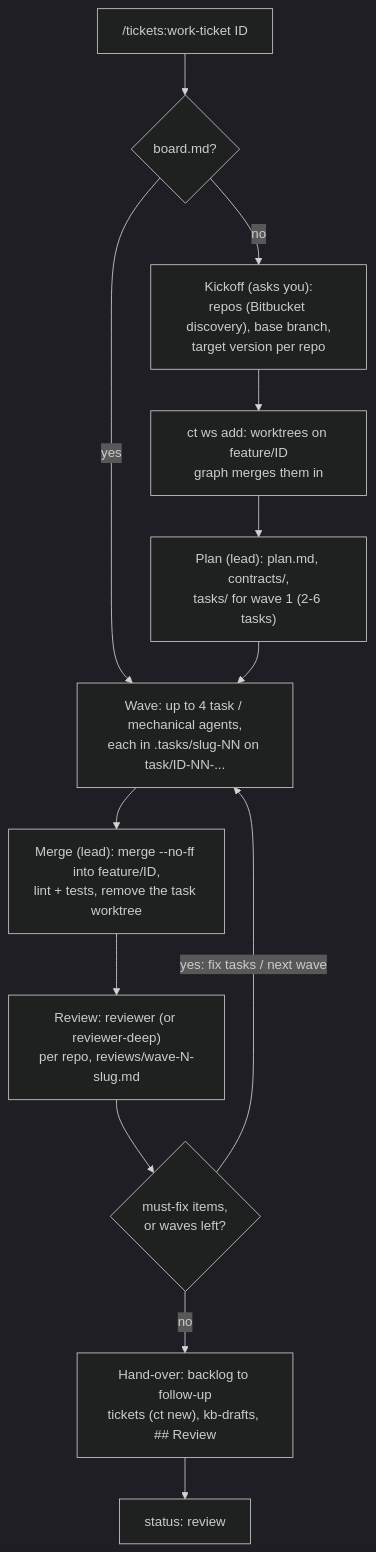
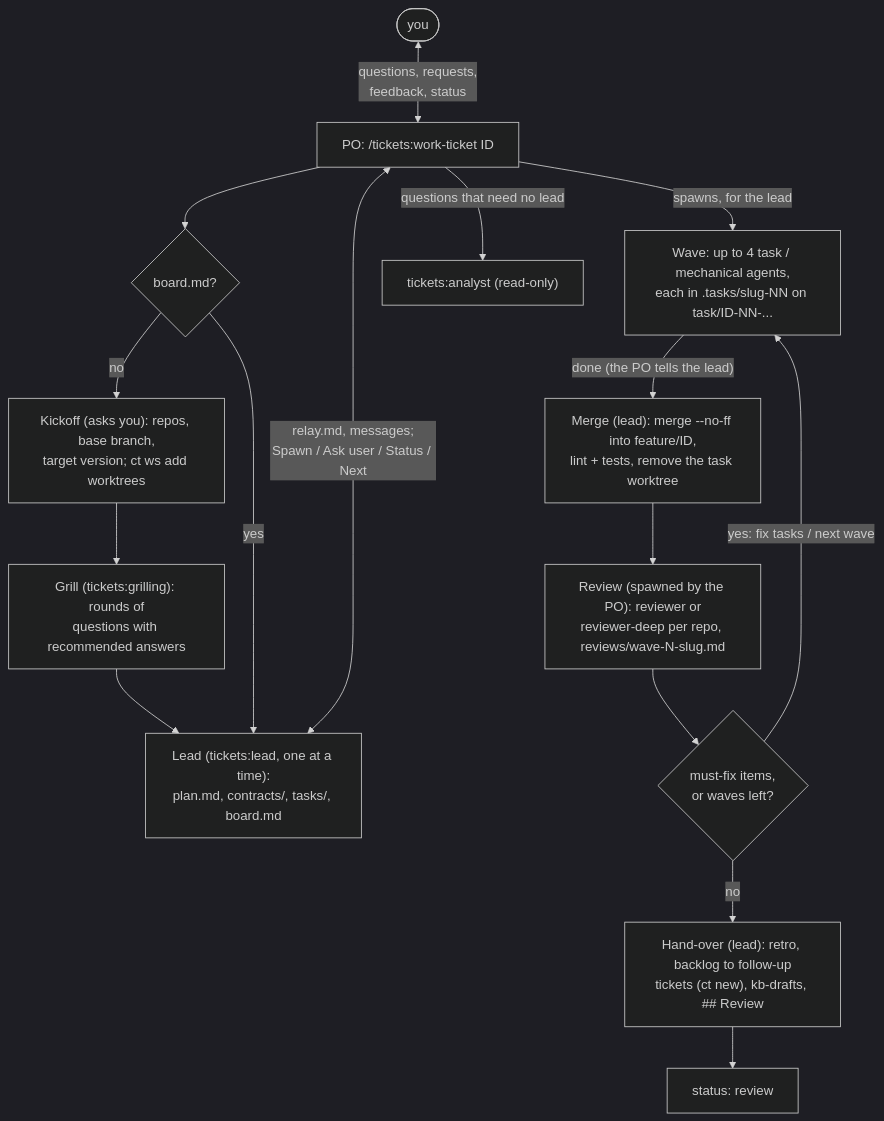
The third of 7 diagrams in README.md (zero4573/claude-tickets), drawn with Mermaid (dark theme) before and after one commit. The commit also changed other lines of this file and 1 other file, not shown here.

First line of the commit message:
MAN-16 Document the PO, lead, new skills and ct teach in the README

````diff
--- a/README.md
+++ b/README.md
@@ -385,15 +393,18 @@
 ```mermaid
 flowchart TB
-  start["/tickets:work-ticket ID"] --> resume{board.md?}
-  resume -- yes --> wave
-  resume -- no --> kickoff["Kickoff (asks you):<br/>repos (Bitbucket discovery), base branch,<br/>target version per repo"]
-  kickoff --> ws["ct ws add: worktrees on feature/ID<br/>graph merges them in"]
-  ws --> plan["Plan (lead): plan.md, contracts/,<br/>tasks/ for wave 1 (2-6 tasks)"]
-  plan --> wave["Wave: up to 4 task / mechanical agents,<br/>each in .tasks/slug-NN on task/ID-NN-..."]
-  wave --> merge["Merge (lead): merge --no-ff into feature/ID,<br/>lint + tests, remove the task worktree"]
-  merge --> rev["Review: reviewer (or reviewer-deep)<br/>per repo, reviews/wave-N-slug.md"]
+  you([you]) <-->|"questions, requests,<br/>feedback, status"| po["PO: /tickets:work-ticket ID"]
+  po --> resume{board.md?}
+  resume -- no --> kickoff["Kickoff (asks you): repos, base branch,<br/>target version; ct ws add worktrees"]
+  kickoff --> grill["Grill (tickets:grilling): rounds of<br/>questions with recommended answers"]
+  grill --> lead
+  resume -- yes --> lead["Lead (tickets:lead, one at a time):<br/>plan.md, contracts/, tasks/, board.md"]
+  po <-->|"relay.md, messages;<br/>Spawn / Ask user / Status / Next"| lead
+  po -->|"spawns, for the lead"| wave["Wave: up to 4 task / mechanical agents,<br/>each in .tasks/slug-NN on task/ID-NN-..."]
+  wave -->|"done (the PO tells the lead)"| merge["Merge (lead): merge --no-ff into feature/ID,<br/>lint + tests, remove the task worktree"]
+  merge --> rev["Review (spawned by the PO): reviewer or<br/>reviewer-deep per repo, reviews/wave-N-slug.md"]
   rev --> fix{"must-fix items,<br/>or waves left?"}
   fix -- "yes: fix tasks / next wave" --> wave
-  fix -- no --> hand["Hand-over: backlog to follow-up<br/>tickets (ct new), kb-drafts, ## Review"]
+  fix -- no --> hand["Hand-over (lead): retro, backlog to follow-up<br/>tickets (ct new), kb-drafts, ## Review"]
   hand --> review[status: review]
+  po -->|"questions that need no lead"| analyst["tickets:analyst (read-only)"]
 ```
````
